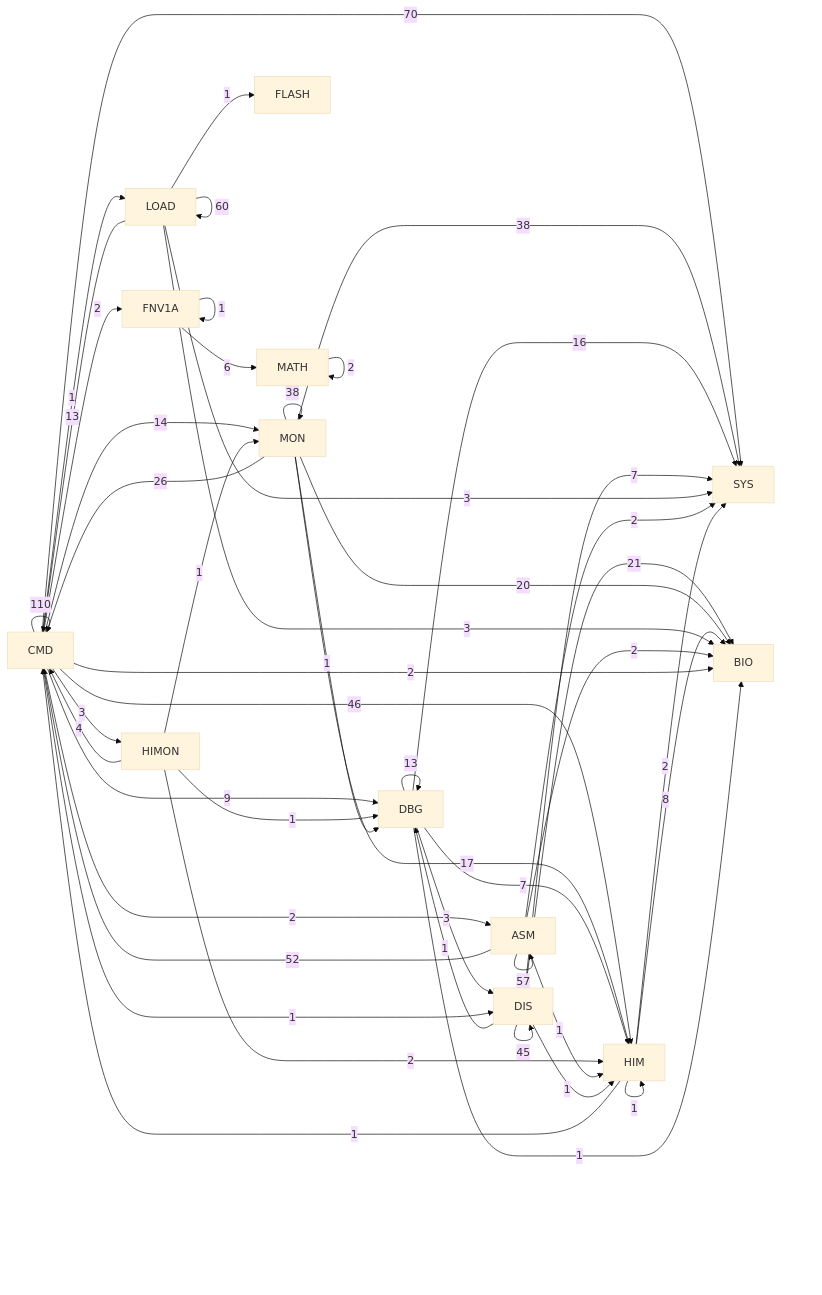
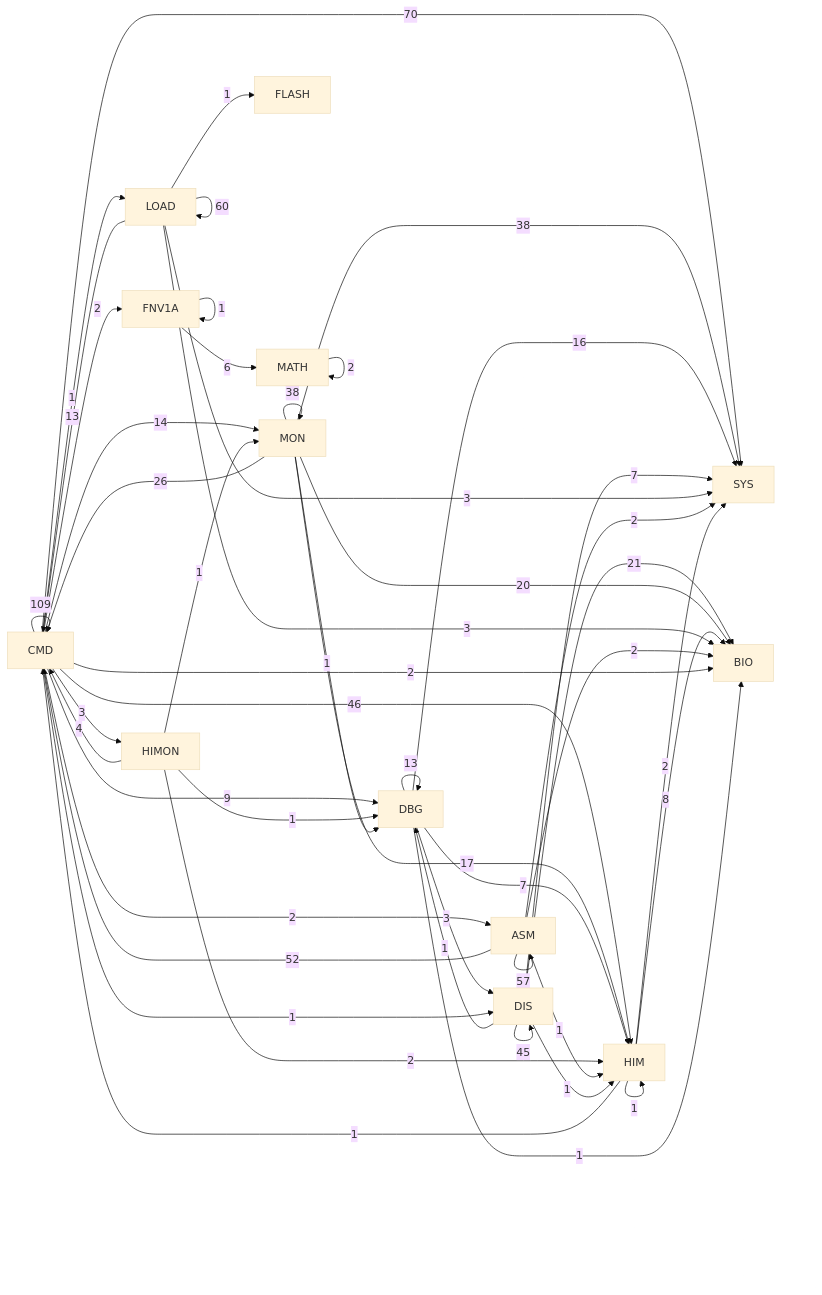
One commit to 95westus/R-YORS changed the diagram in DOC/GENERATED/HIMON_SUPPORT_MAP.md. Above: the diagram before and after it, drawn with Mermaid (base theme). The commit also changed other lines of this file and 89 other files, not shown here.

````diff
--- a/DOC/GENERATED/HIMON_SUPPORT_MAP.md
+++ b/DOC/GENERATED/HIMON_SUPPORT_MAP.md
@@ -10,51 +10,51 @@
 ```mermaid
 flowchart LR
-    P_CMD[CMD] -->|110| P_CMD[CMD]
+    P_CMD[CMD] -->|109| P_CMD[CMD]
     P_CMD[CMD] -->|70| P_SYS[SYS]
     P_LOAD[LOAD] -->|60| P_LOAD[LOAD]
     P_ASM[ASM] -->|57| P_ASM[ASM]
     P_ASM[ASM] -->|52| P_CMD[CMD]
     P_CMD[CMD] -->|46| P_HIM[HIM]
     P_DIS[DIS] -->|45| P_DIS[DIS]
     P_MON[MON] -->|38| P_MON[MON]
     P_MON[MON] -->|38| P_SYS[SYS]
     P_MON[MON] -->|26| P_CMD[CMD]
     P_DIS[DIS] -->|21| P_BIO[BIO]
     P_MON[MON] -->|20| P_BIO[BIO]
     P_MON[MON] -->|17| P_HIM[HIM]
     P_DBG[DBG] -->|16| P_SYS[SYS]
     P_CMD[CMD] -->|14| P_MON[MON]
     P_DBG[DBG] -->|13| P_DBG[DBG]
     P_LOAD[LOAD] -->|13| P_CMD[CMD]
     P_CMD[CMD] -->|9| P_DBG[DBG]
     P_HIM[HIM] -->|8| P_BIO[BIO]
     P_DBG[DBG] -->|7| P_HIM[HIM]
     P_DIS[DIS] -->|7| P_SYS[SYS]
     P_FNV1A[FNV1A] -->|6| P_MATH[MATH]
     P_HIMON[HIMON] -->|4| P_CMD[CMD]
     P_CMD[CMD] -->|3| P_HIMON[HIMON]
     P_DBG[DBG] -->|3| P_DIS[DIS]
     P_LOAD[LOAD] -->|3| P_BIO[BIO]
     P_LOAD[LOAD] -->|3| P_SYS[SYS]
     P_ASM[ASM] -->|2| P_BIO[BIO]
     P_ASM[ASM] -->|2| P_SYS[SYS]
     P_CMD[CMD] -->|2| P_ASM[ASM]
     P_CMD[CMD] -->|2| P_BIO[BIO]
     P_CMD[CMD] -->|2| P_FNV1A[FNV1A]
     P_HIM[HIM] -->|2| P_SYS[SYS]
     P_HIMON[HIMON] -->|2| P_HIM[HIM]
     P_MATH[MATH] -->|2| P_MATH[MATH]
     P_ASM[ASM] -->|1| P_HIM[HIM]
     P_CMD[CMD] -->|1| P_DIS[DIS]
     P_CMD[CMD] -->|1| P_LOAD[LOAD]
     P_DBG[DBG] -->|1| P_BIO[BIO]
     P_DIS[DIS] -->|1| P_DBG[DBG]
     P_DIS[DIS] -->|1| P_HIM[HIM]
     P_FNV1A[FNV1A] -->|1| P_FNV1A[FNV1A]
     P_HIM[HIM] -->|1| P_CMD[CMD]
     P_HIM[HIM] -->|1| P_HIM[HIM]
     P_HIMON[HIMON] -->|1| P_DBG[DBG]
     P_HIMON[HIMON] -->|1| P_MON[MON]
     P_LOAD[LOAD] -->|1| P_FLASH[FLASH]
     P_MON[MON] -->|1| P_DBG[DBG]
 ```
````
